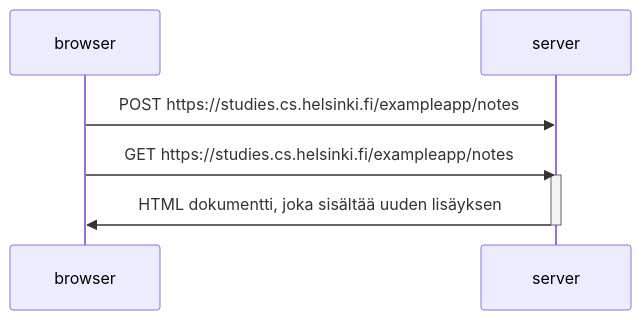
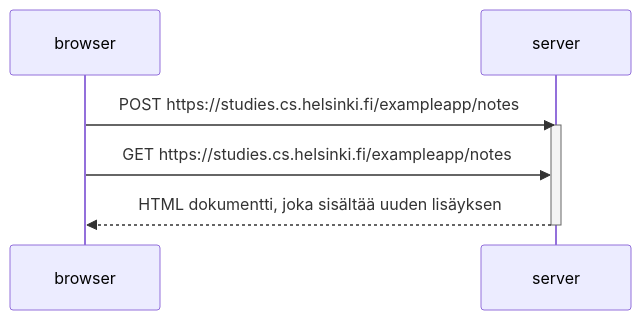
The diagram in osa0/tehtävä4.md (kapasko/Full-Stack-repositorio), drawn with Mermaid before and after one commit.

````diff
--- a/osa0/tehtävä4.md
+++ b/osa0/tehtävä4.md
@@ -1,12 +1,12 @@
 ```mermaid
 sequenceDiagram
 	participant browser
 	participant server
 
 	browser->>server: POST https://studies.cs.helsinki.fi/exampleapp/notes
+	activate server
 	browser->>server: GET https://studies.cs.helsinki.fi/exampleapp/notes
-	activate server
-	server->>browser: HTML dokumentti, joka sisältää uuden lisäyksen
+	server-->>browser: HTML dokumentti, joka sisältää uuden lisäyksen
 	deactivate server
 	
 ```
````
